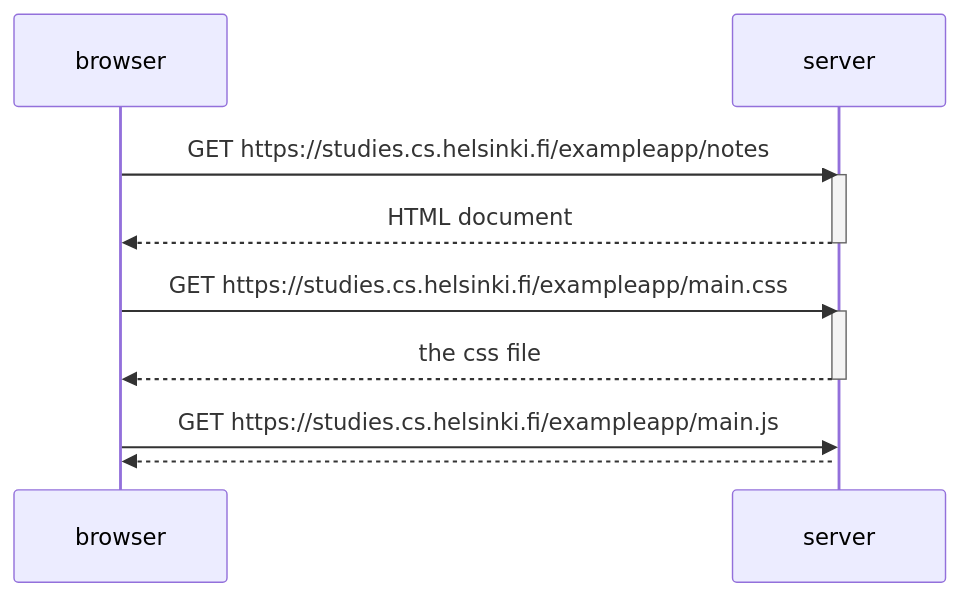
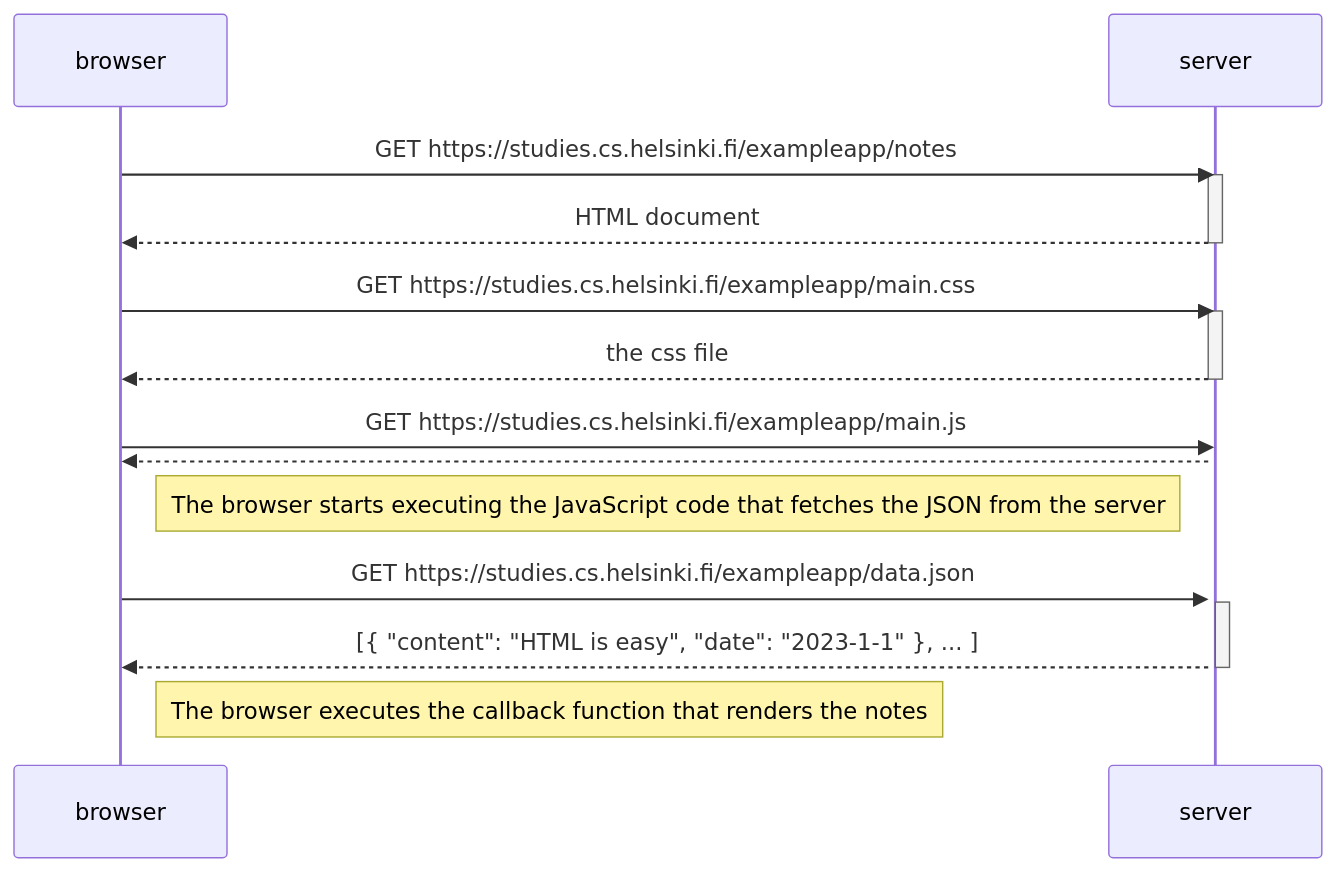
One commit to akpnim/part_0_FSO changed the diagram in part0_5.md. Above: the diagram before and after it, drawn with Mermaid.

````diff
--- a/part0_5.md
+++ b/part0_5.md
@@ -1,19 +1,28 @@
 ```mermaid
 sequenceDiagram
     participant browser
     participant server
 
     browser->>server: GET https://studies.cs.helsinki.fi/exampleapp/notes
     activate server
     server-->>browser: HTML document
     deactivate server
 
     browser->>server: GET https://studies.cs.helsinki.fi/exampleapp/main.css
     activate server
     server-->>browser: the css file
     deactivate server
 
     browser->>server: GET https://studies.cs.helsinki.fi/exampleapp/main.js
     activate server
     server-->>browser: 
+    
+    Note right of browser: The browser starts executing the JavaScript code that fetches the JSON from the server
+
+    browser->>server: GET https://studies.cs.helsinki.fi/exampleapp/data.json
+    activate server
+    server-->>browser: [{ "content": "HTML is easy", "date": "2023-1-1" }, ... ]
+    deactivate server
+
+    Note right of browser: The browser executes the callback function that renders the notes
 ```
````
